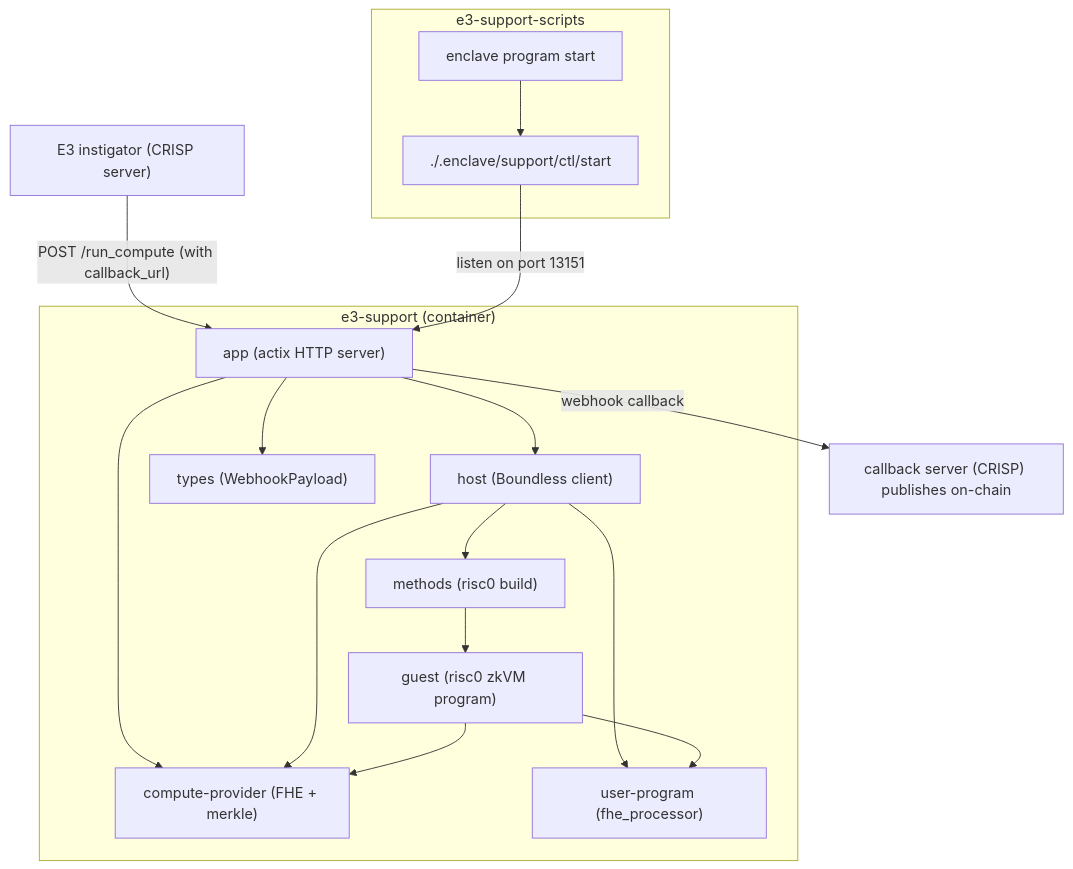
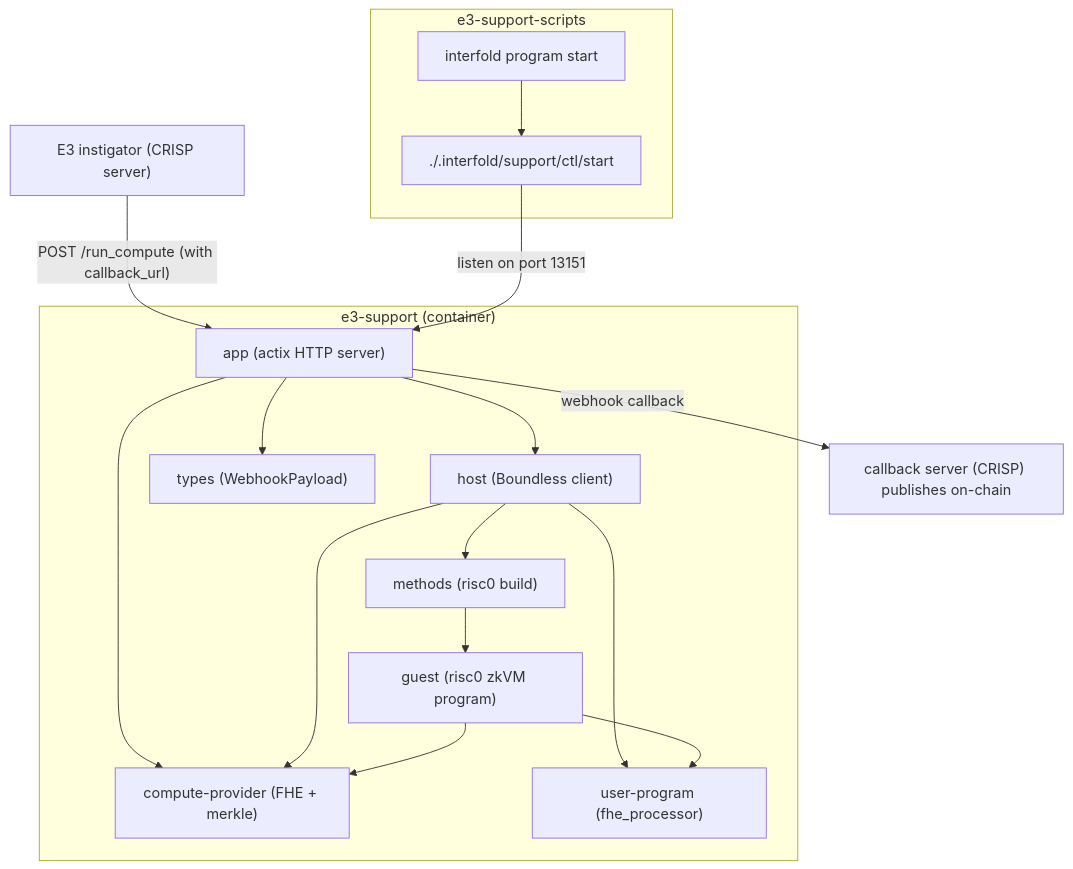
One commit to gnosisguild/enclave changed the diagram in crates/support/README.md. Above: the diagram before and after it, drawn with Mermaid. The commit also changed other lines of this file and 901 other files, not shown here.

Commit message:
chore: rename enclave to interfold [skip-line-limit] (#1592)

````diff
--- a/crates/support/README.md
+++ b/crates/support/README.md
@@ -8,30 +8,30 @@
 ```mermaid
 graph TD
     subgraph N["e3-support-scripts"]
-        A["enclave program start"]
-        AA["./.enclave/support/ctl/start"]
+        A["interfold program start"]
+        AA["./.interfold/support/ctl/start"]
         A --> AA
     end
     M["E3 instigator (CRISP server)"] --"POST /run_compute (with callback_url)"--> D
     D --"webhook callback"--> O["callback server (CRISP) publishes on-chain"]
     AA --listen on port 13151--> D
     subgraph C["e3-support (container)"]
         D["app (actix HTTP server)"]
         E["host (Boundless client)"]
         F["types (WebhookPayload)"]
         G["compute-provider (FHE + merkle)"]
         H["methods (risc0 build)"]
         I["guest (risc0 zkVM program)"]
         J["user-program (fhe_processor)"]
 
         D --> E
         D --> F
         D --> G
         E --> H
         E --> G
         E --> J
         H --> I
         I --> G
         I --> J
     end
 ```
````
